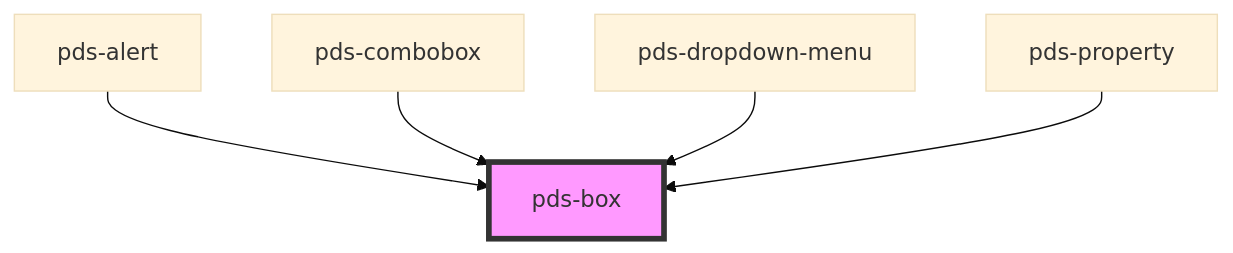
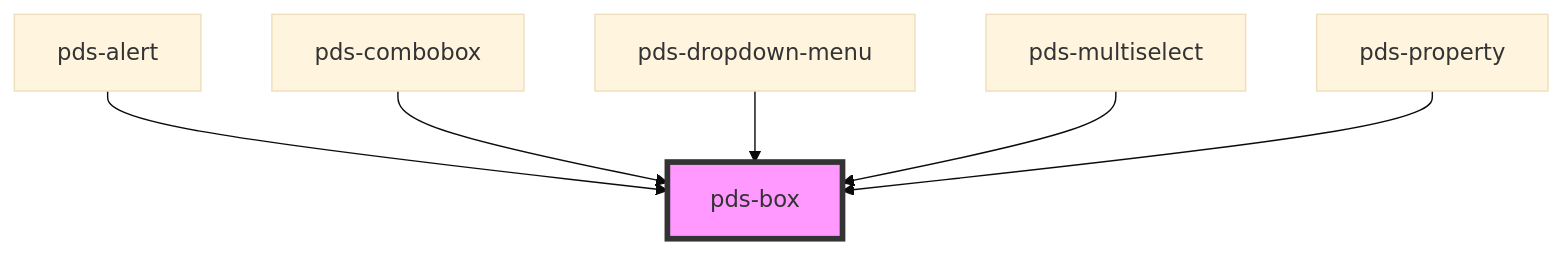
One commit to Kajabi/pine changed the diagram in libs/core/src/components/pds-box/readme.md. Above: the diagram before and after it, drawn with Mermaid (base theme). The commit also changed other lines of this file and 9 other files, not shown here.

First line of the commit message:
feat(pds-multiselect): add create tag functionality to pds-multiselect (#652)

````diff
--- a/libs/core/src/components/pds-box/readme.md
+++ b/libs/core/src/components/pds-box/readme.md
@@ -142,8 +143,9 @@
 ```mermaid
 graph TD;
   pds-alert --> pds-box
   pds-combobox --> pds-box
   pds-dropdown-menu --> pds-box
+  pds-multiselect --> pds-box
   pds-property --> pds-box
   style pds-box fill:#f9f,stroke:#333,stroke-width:4px
 ```
````
